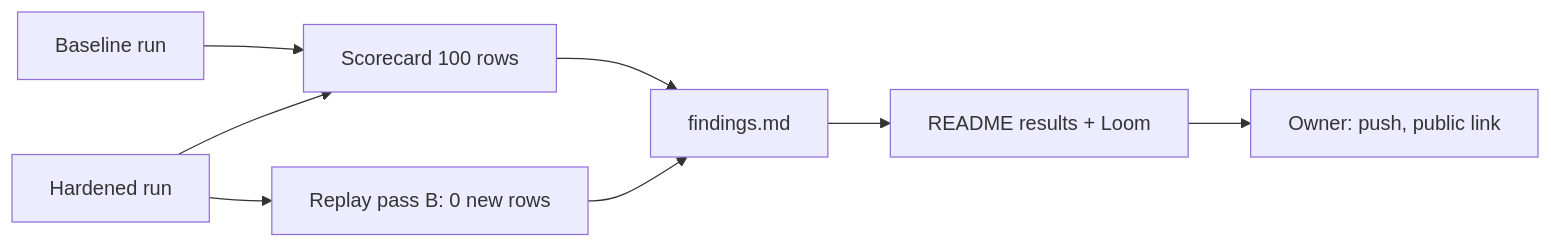
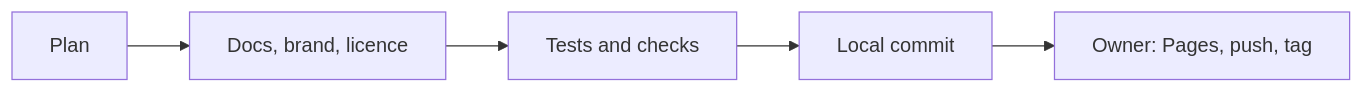
One commit to beyondalgorithms2026-source/Rescue_Diagnostic changed the diagram in .ai/REVIEW.md. Above: the diagram before and after it, drawn with Mermaid. The commit also changed other lines of this file and 10 other files, not shown here.

First line of the commit message:
Close T2: Markdown demo for Pages, Apache-2.0 licence, Spanfold brand, model label

````diff
--- a/.ai/REVIEW.md
+++ b/.ai/REVIEW.md
@@ -8,10 +8,7 @@
 ```mermaid
 flowchart LR
-  B[Baseline run] --> S[Scorecard 100 rows]
-  H[Hardened run] --> S
-  H --> R[Replay pass B: 0 new rows]
-  S --> F[findings.md]
-  R --> F
-  F --> RM[README results + Loom]
-  RM --> G[Owner: push, public link]
+  P[Plan] --> D[Docs, brand, licence]
+  D --> C[Tests and checks]
+  C --> K[Local commit]
+  K --> O[Owner: Pages, push, tag]
 ```
````
